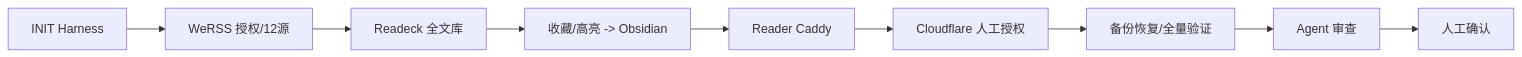
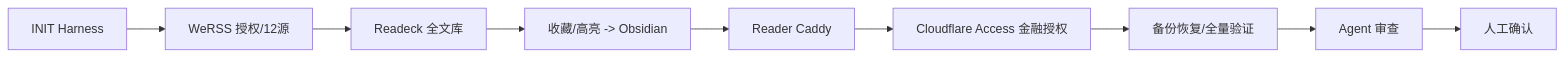
Before and after one commit to summerchaserwwz/wechat-rss-reader: the first of 2 diagrams in coding-agent-harness/planning/tasks/2026-07-14-werss-folo-obsidian-7118a818/visual_map.md, drawn with Mermaid. The commit also changed other lines of this file and 25 other files, not shown here.

````diff
--- a/coding-agent-harness/planning/tasks/2026-07-14-werss-folo-obsidian-7118a818/visual_map.md
+++ b/coding-agent-harness/planning/tasks/2026-07-14-werss-folo-obsidian-7118a818/visual_map.md
@@ -7,11 +7,11 @@
 ```mermaid
 flowchart LR
   I["INIT Harness"] --> W["WeRSS 授权/12源"]
   W --> R["Readeck 全文库"]
   R --> O["收藏/高亮 -> Obsidian"]
   O --> C["Reader Caddy"]
-  C --> CF["Cloudflare 人工授权"]
+  C --> CF["Cloudflare Access 金融授权"]
   CF --> B["备份恢复/全量验证"]
   B --> V["Agent 审查"]
   V --> H["人工确认"]
 ```
````
